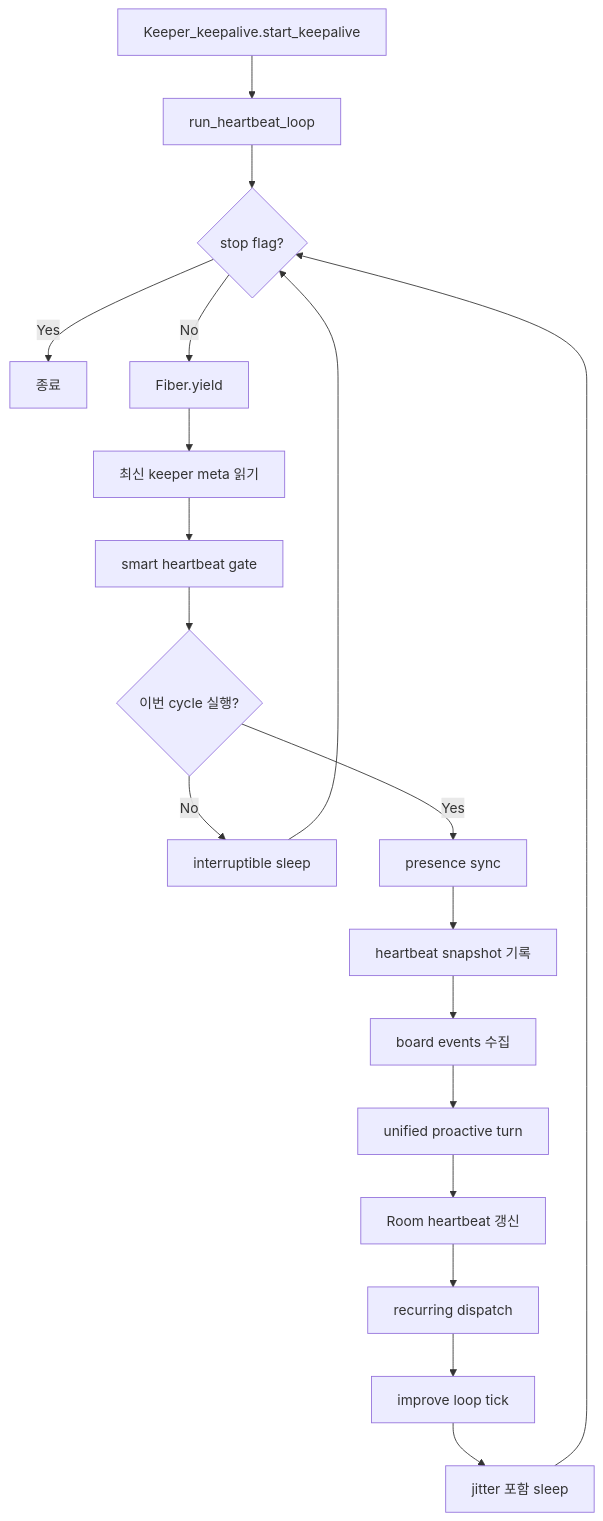
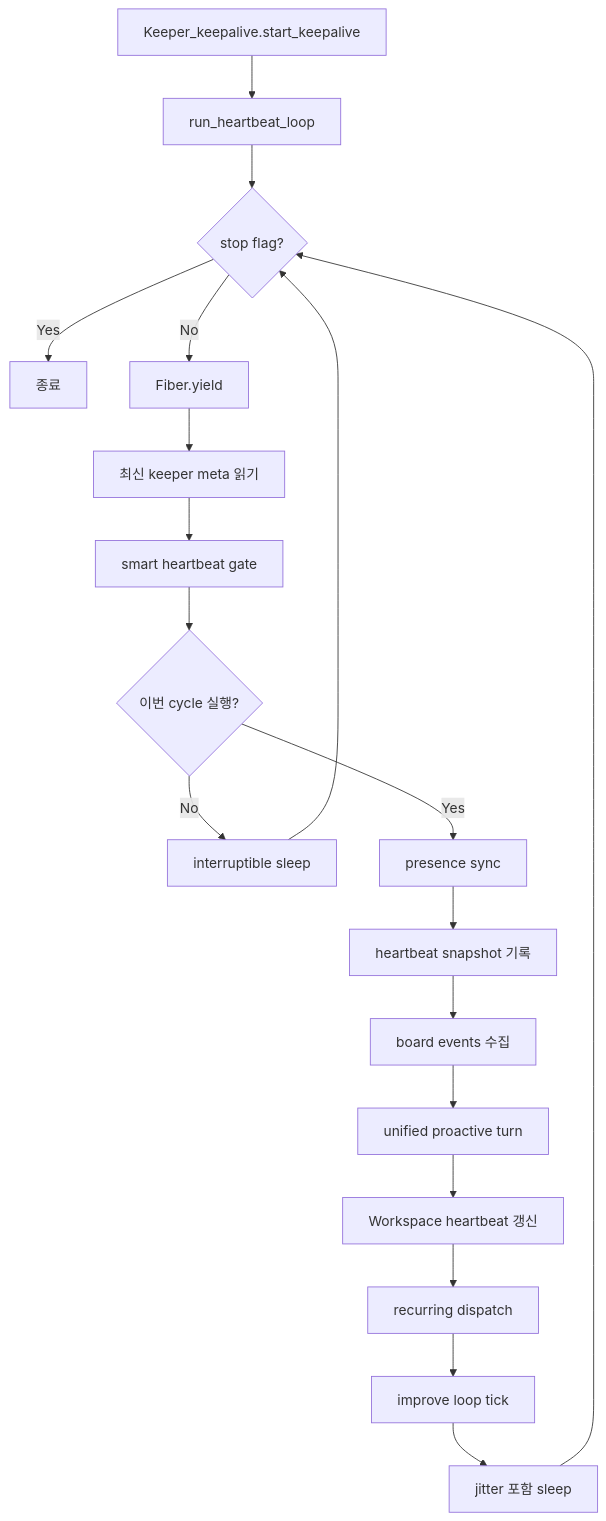
Before and after one commit to jeong-sik/masc: the second of 2 diagrams in docs/QUICK-START.md, drawn with Mermaid. The commit also changed other lines of this file and 359 other files, not shown here.

````diff
--- a/docs/QUICK-START.md
+++ b/docs/QUICK-START.md
@@ -85,21 +85,21 @@
 ```mermaid
 flowchart TD
     A["Keeper_keepalive.start_keepalive"] --> B["run_heartbeat_loop"]
     B --> C{"stop flag?"}
     C -- Yes --> Z["종료"]
     C -- No --> D["Fiber.yield"]
     D --> E["최신 keeper meta 읽기"]
     E --> F["smart heartbeat gate"]
     F --> G{"이번 cycle 실행?"}
     G -- No --> H["interruptible sleep"]
     H --> C
     G -- Yes --> I["presence sync"]
     I --> J["heartbeat snapshot 기록"]
     J --> K["board events 수집"]
     K --> L["unified proactive turn"]
-    L --> M["Room heartbeat 갱신"]
+    L --> M["Workspace heartbeat 갱신"]
     M --> N["recurring dispatch"]
     N --> O["improve loop tick"]
     O --> P["jitter 포함 sleep"]
     P --> C
 ```
````
